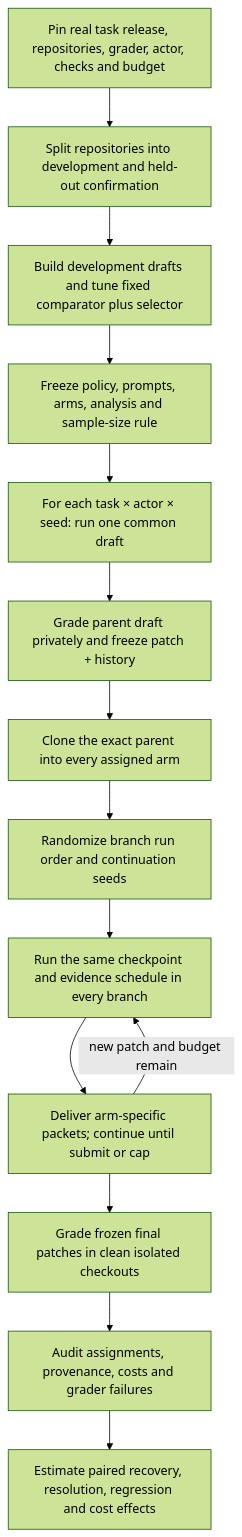
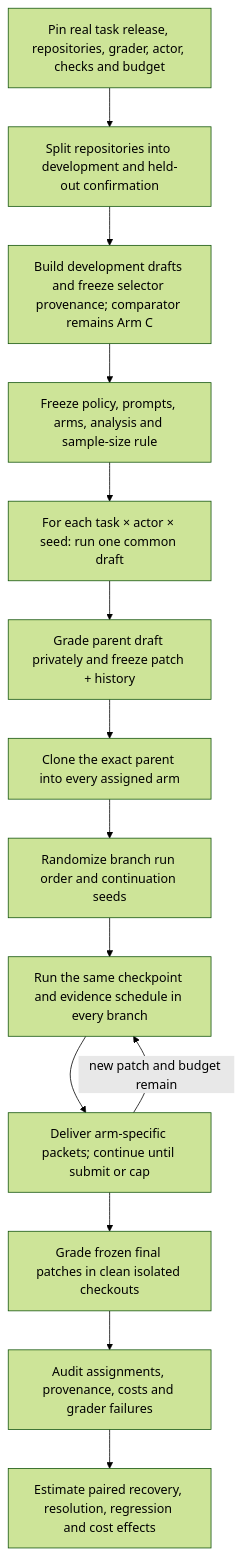
One commit to Abidur-Rahman-01/VERITAS changed the third of 3 diagrams in docs/ARCHITECTURE.md. Above: the diagram before and after it, drawn with Mermaid (forest theme). The commit also changed other lines of this file and 9 other files, not shown here.

````diff
--- a/docs/ARCHITECTURE.md
+++ b/docs/ARCHITECTURE.md
@@ -193,18 +195,18 @@
 ```mermaid
 flowchart TD
   P[Pin real task release, repositories, grader, actor, checks and budget]
   S[Split repositories into development and held-out confirmation]
-  D[Build development drafts and tune fixed comparator plus selector]
+  D[Build development drafts and freeze selector provenance; comparator remains Arm C]
   F[Freeze policy, prompts, arms, analysis and sample-size rule]
   T[For each task × actor × seed: run one common draft]
   I[Grade parent draft privately and freeze patch + history]
   E[Clone the exact parent into every assigned arm]
   R[Randomize branch run order and continuation seeds]
   L[Run the same checkpoint and evidence schedule in every branch]
   C[Deliver arm-specific packets; continue until submit or cap]
   G[Grade frozen final patches in clean isolated checkouts]
   Q[Audit assignments, provenance, costs and grader failures]
   A[Estimate paired recovery, resolution, regression and cost effects]
   P --> S --> D --> F --> T --> I --> E --> R --> L --> C --> G --> Q --> A
   C -->|new patch and budget remain| L
 ```
````
